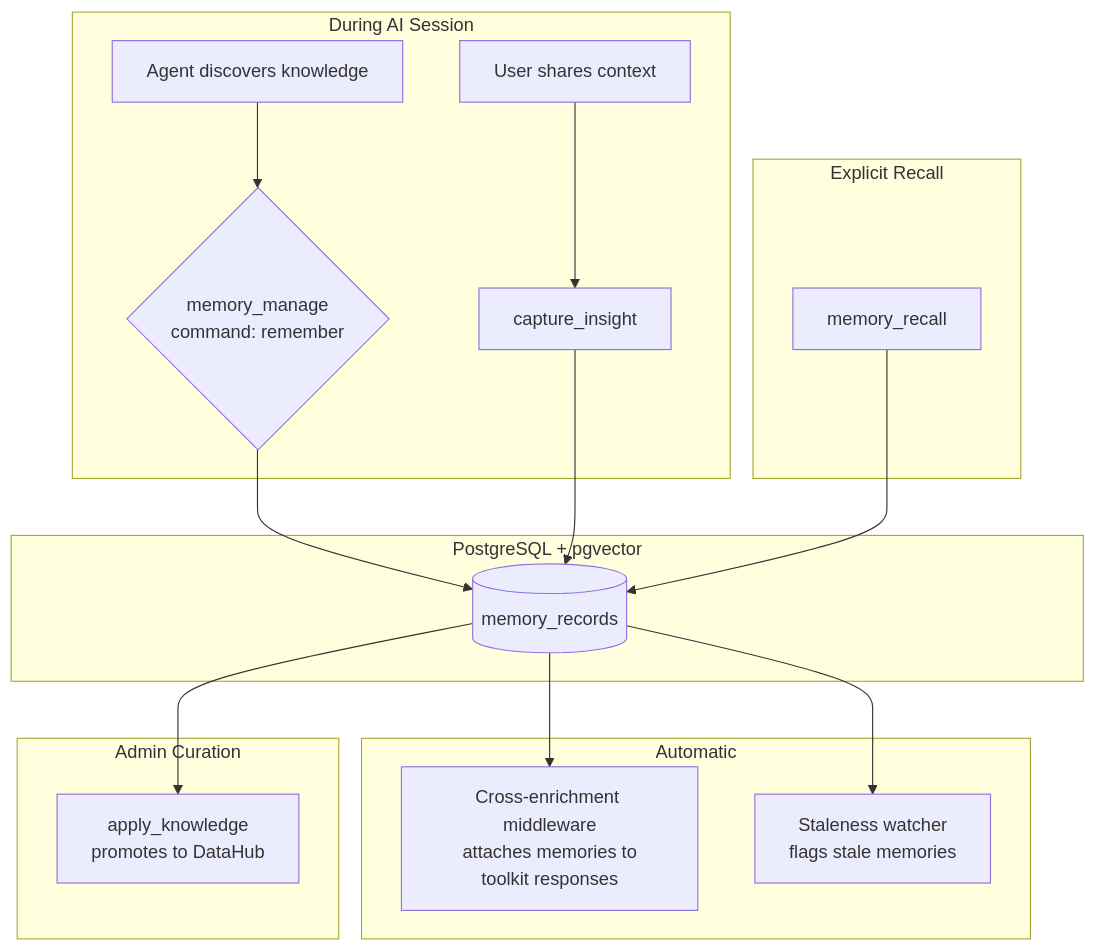
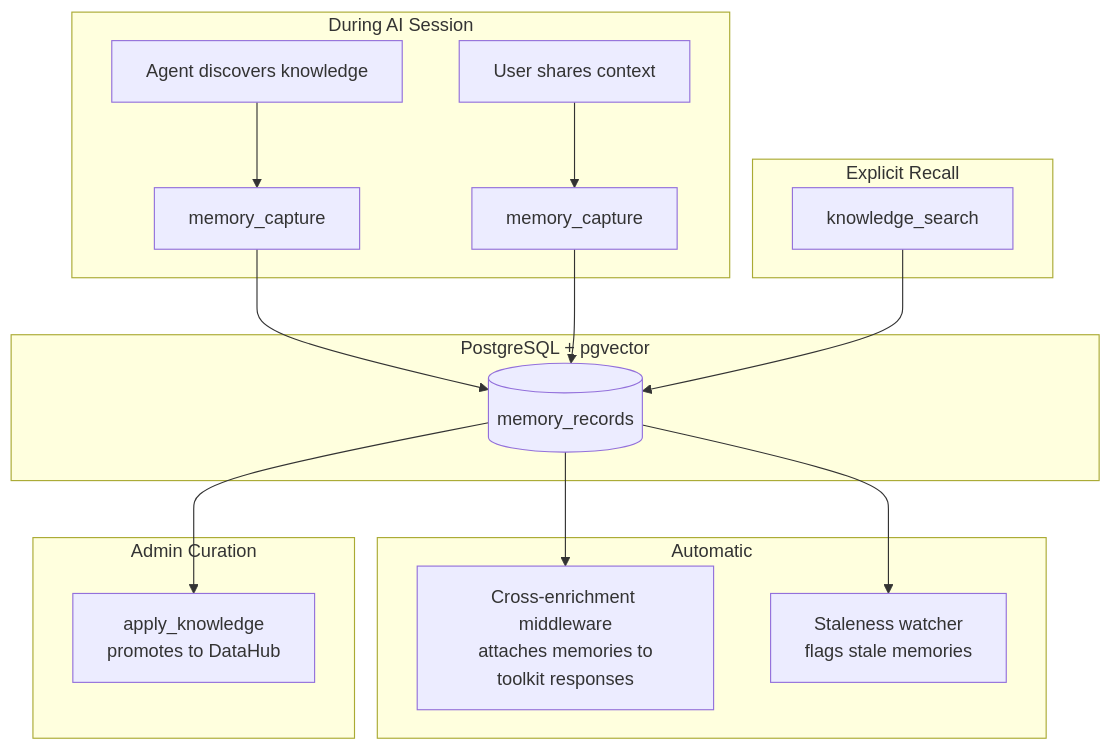
One commit to txn2/mcp-data-platform changed the diagram in docs/memory/overview.md. Above: the diagram before and after it, drawn with Mermaid. The commit also changed other lines of this file and 48 other files, not shown here.

````diff
--- a/docs/memory/overview.md
+++ b/docs/memory/overview.md
@@ -15,25 +15,25 @@
 ```mermaid
 flowchart TB
     subgraph "During AI Session"
-        A[Agent discovers knowledge] --> B{memory_manage<br/>command: remember}
-        C[User shares context] --> D[capture_insight]
+        A[Agent discovers knowledge] --> B[memory_capture]
+        C[User shares context] --> D[memory_capture]
     end
 
     subgraph "PostgreSQL + pgvector"
         B --> E[(memory_records)]
         D --> E
     end
 
     subgraph "Automatic"
         E --> F[Cross-enrichment middleware<br/>attaches memories to<br/>toolkit responses]
         E --> G[Staleness watcher<br/>flags stale memories]
     end
 
     subgraph "Explicit Recall"
-        H[memory_recall] --> E
+        H[knowledge_search] --> E
     end
 
     subgraph "Admin Curation"
         E --> I[apply_knowledge<br/>promotes to DataHub]
     end
 ```
````
